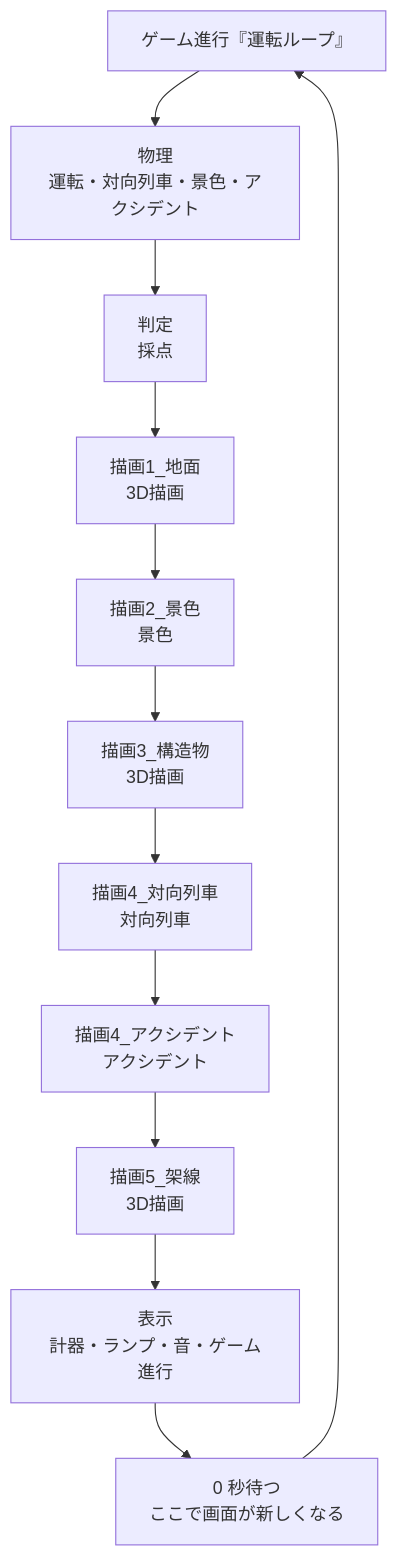
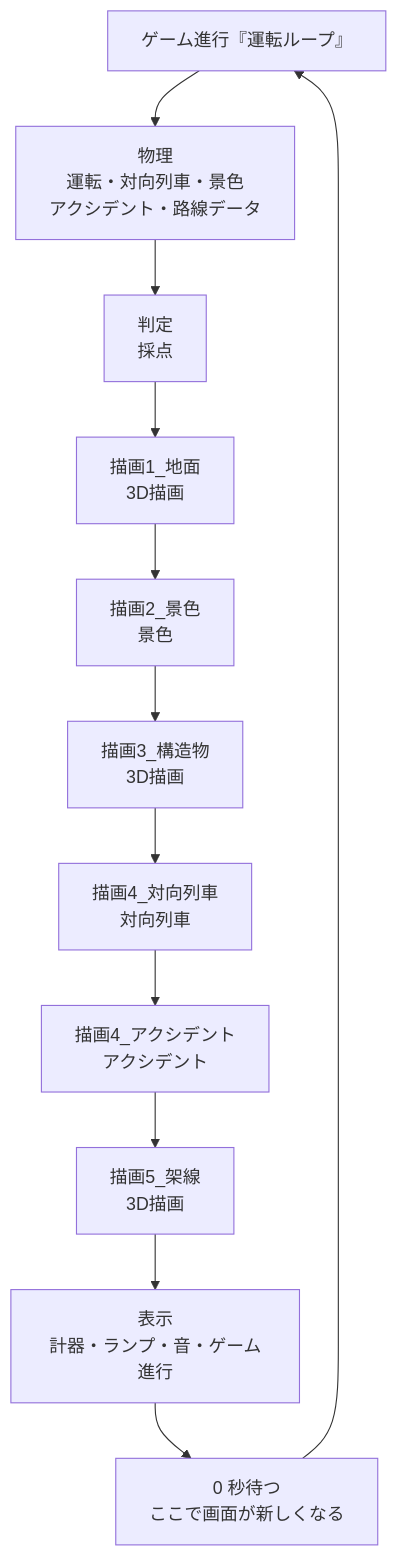
The third of 9 diagrams in docs/scratch-guide.md (hagishun/TRAIN-GAME-TRIALE), drawn with Mermaid before and after one commit. The commit also changed other lines of this file and 4 other files, not shown here.

````diff
--- a/docs/scratch-guide.md
+++ b/docs/scratch-guide.md
@@ -238,14 +242,14 @@
 ```mermaid
 flowchart TB
   L["ゲーム進行『運転ループ』"] --> A
-  A["物理<br/>運転・対向列車・景色・アクシデント"] --> B
+  A["物理<br/>運転・対向列車・景色<br/>アクシデント・路線データ"] --> B
   B["判定<br/>採点"] --> C
   C["描画1_地面<br/>3D描画"] --> D
   D["描画2_景色<br/>景色"] --> E
   E["描画3_構造物<br/>3D描画"] --> F
   F["描画4_対向列車<br/>対向列車"] --> H
   H["描画4_アクシデント<br/>アクシデント"] --> I
   I["描画5_架線<br/>3D描画"] --> J
   J["表示<br/>計器・ランプ・音・ゲーム進行"] --> K
   K["0 秒待つ<br/>ここで画面が新しくなる"] --> L
 ```
````
